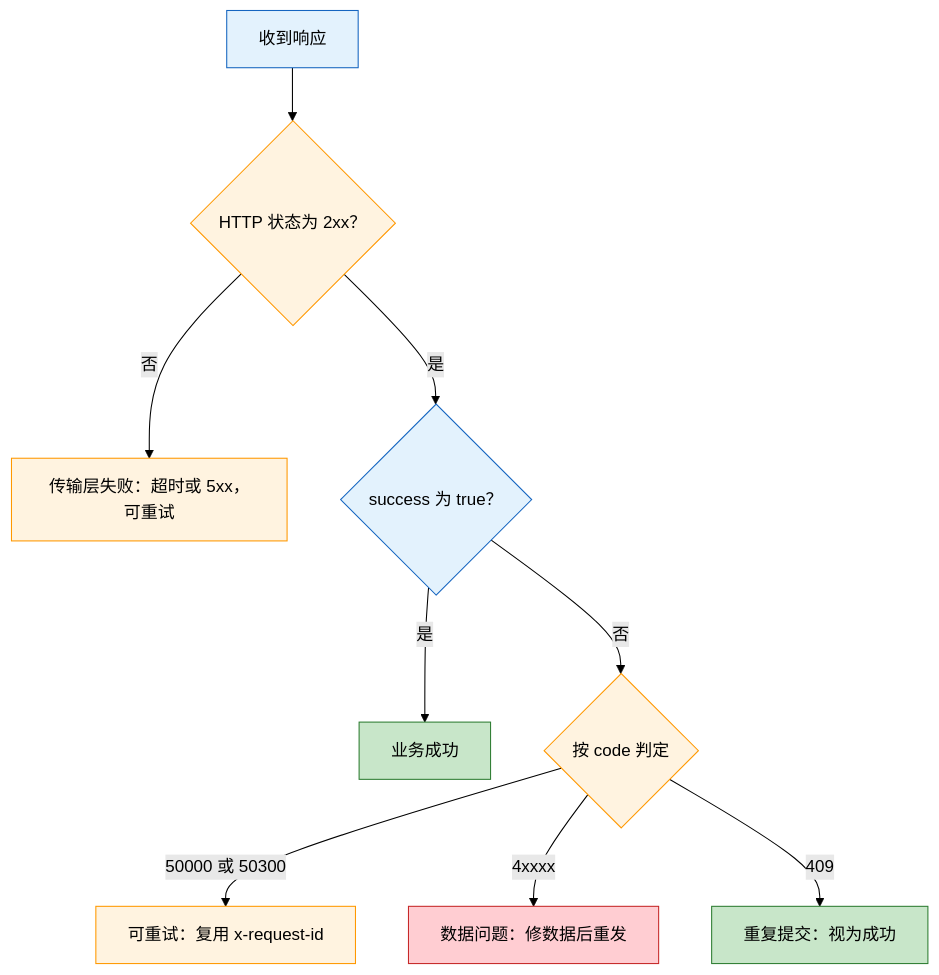
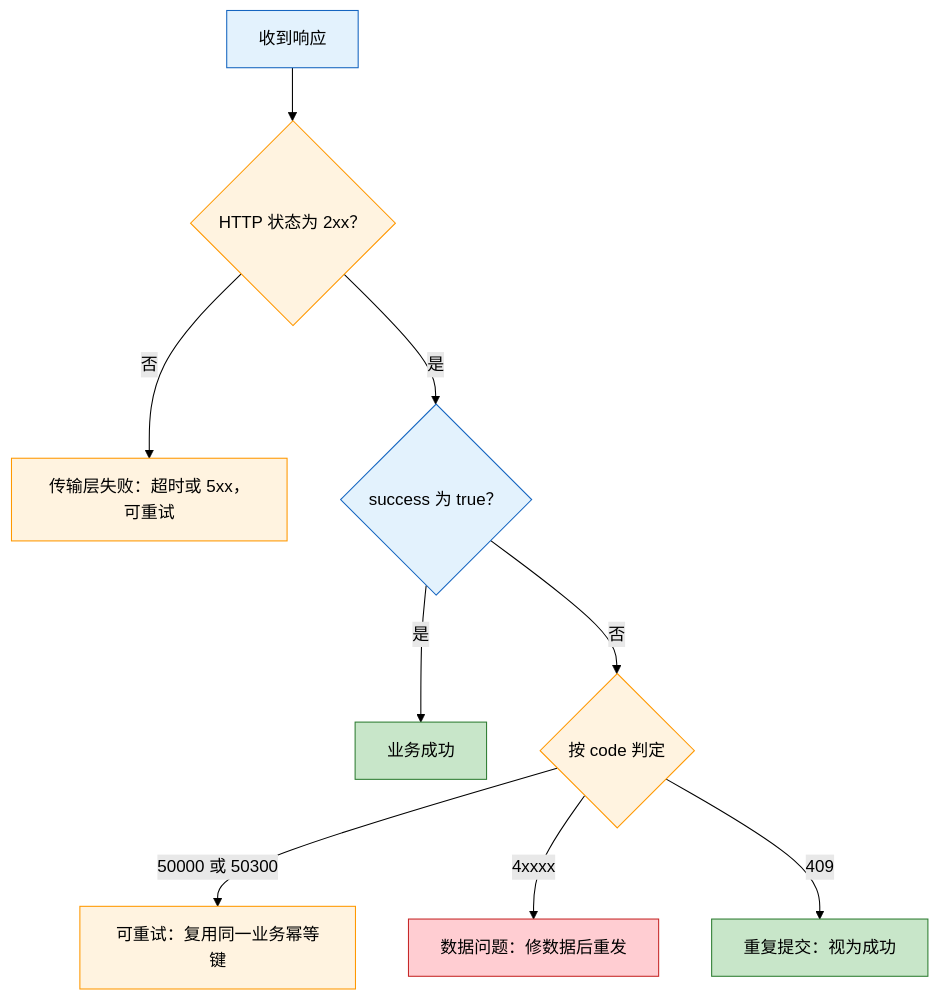
Before and after one commit to ykmugua/my-mini-mes-pyhton: the diagram in docs/MesFormat/MES上传接口文档.md, drawn with Mermaid (forest theme). The commit also changed other lines of this file and 16 other files, not shown here.

````diff
--- a/docs/MesFormat/MES上传接口文档.md
+++ b/docs/MesFormat/MES上传接口文档.md
@@ -255,21 +248,21 @@
 ```mermaid
 flowchart TD
     A["收到响应"] --> B{"HTTP 状态为 2xx？"}
     B -->|否| C["传输层失败：超时或 5xx，可重试"]
     B -->|是| D{"success 为 true？"}
     D -->|是| E["业务成功"]
     D -->|否| F{"按 code 判定"}
-    F -->|50000 或 50300| G["可重试：复用 x-request-id"]
+    F -->|50000 或 50300| G["可重试：复用同一业务幂等键"]
     F -->|4xxxx| H["数据问题：修数据后重发"]
     F -->|409| I["重复提交：视为成功"]
 
     style A fill:#E3F2FD,stroke:#1565C0
     style B fill:#FFF3E0,stroke:#FF9800
     style C fill:#FFF3E0,stroke:#FF9800
     style D fill:#E3F2FD,stroke:#1565C0
     style E fill:#C8E6C9,stroke:#2E7D32
     style F fill:#FFF3E0,stroke:#FF9800
     style G fill:#FFF3E0,stroke:#FF9800
     style H fill:#FFCDD2,stroke:#c62828
     style I fill:#C8E6C9,stroke:#2E7D32
 ```
````
